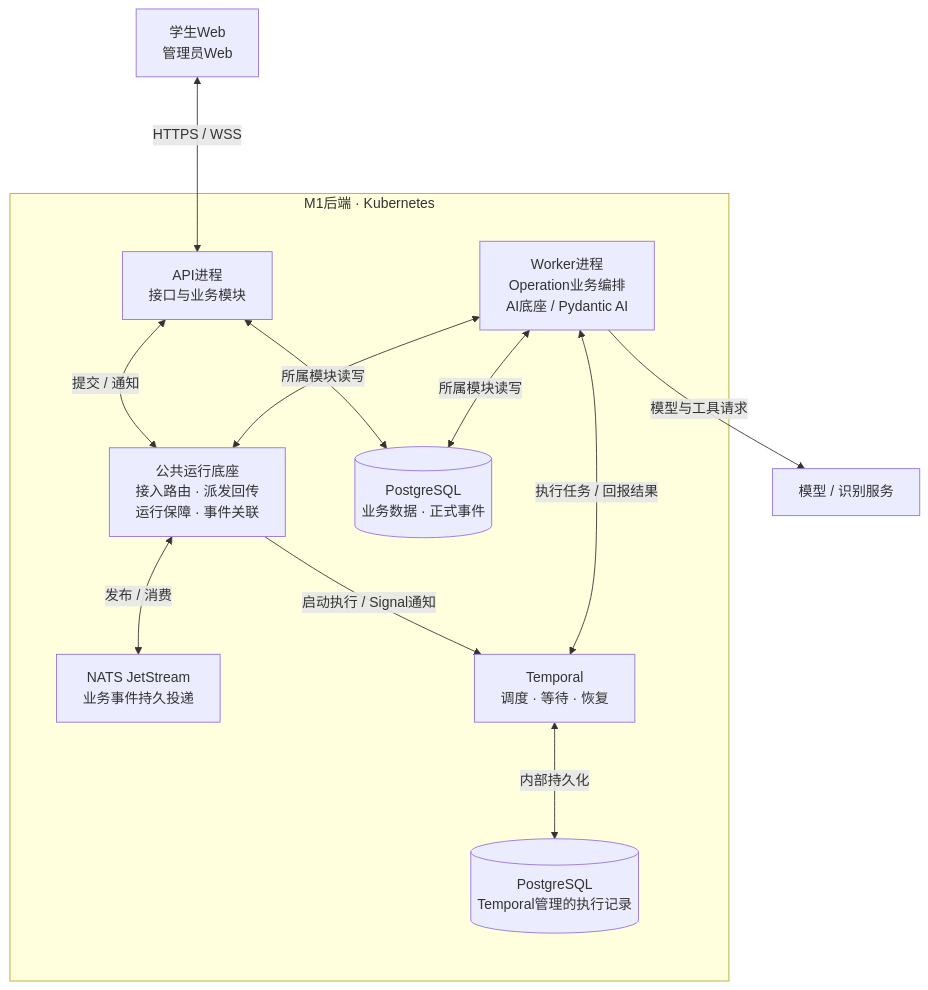
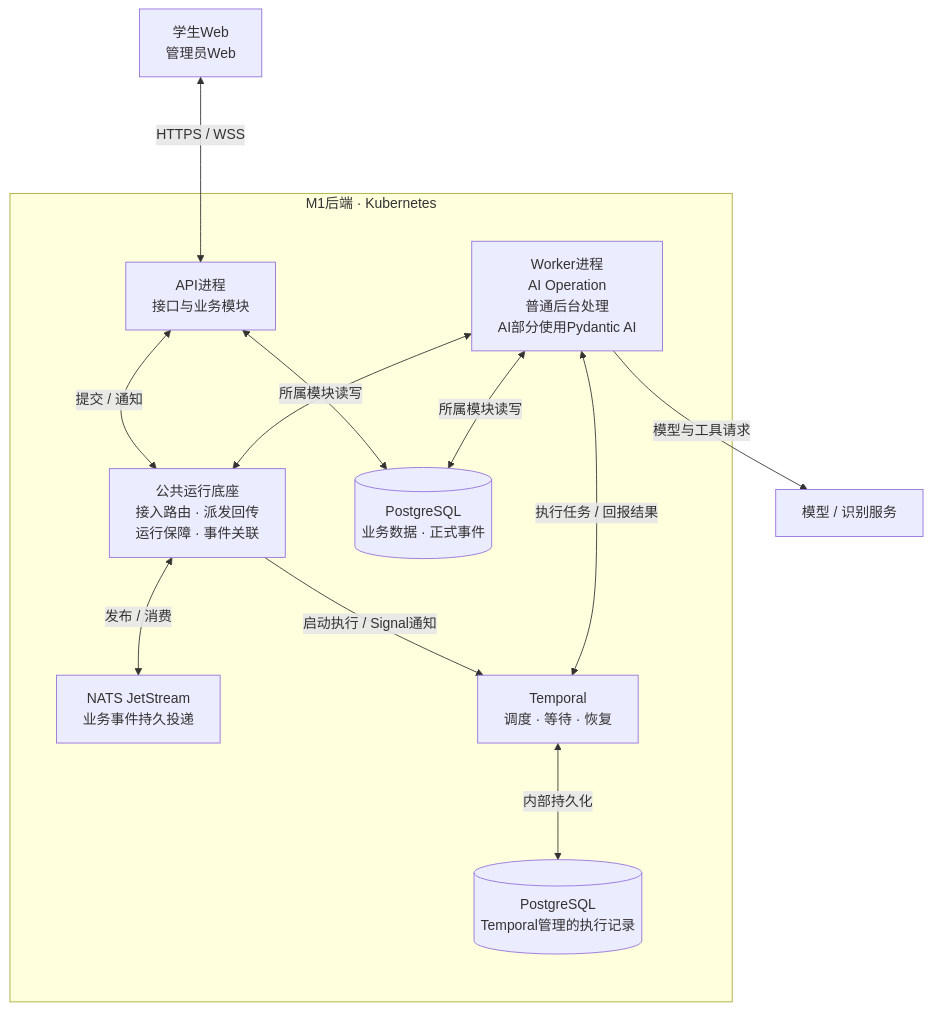
Before and after one commit to ivgotcrazy/deermind: the ninth of 10 diagrams in doc/mvp/m1/engineering/System_Design.md, drawn with Mermaid. The commit also changed other lines of this file and 126 other files, not shown here.

````diff
--- a/doc/mvp/m1/engineering/System_Design.md
+++ b/doc/mvp/m1/engineering/System_Design.md
@@ -630,24 +637,24 @@
 ```mermaid
 %%{init: {"flowchart": {"nodeSpacing": 80, "rankSpacing": 110}}}%%
 flowchart TB
   C["学生Web<br/>管理员Web"]
   subgraph K["M1后端 · Kubernetes"]
     API["API进程<br/>接口与业务模块"]
-    W["Worker进程<br/>Operation业务编排<br/>AI底座 / Pydantic AI"]
+    W["Worker进程<br/>AI Operation<br/>普通后台处理<br/>AI部分使用Pydantic AI"]
     B["公共运行底座<br/>接入路由 · 派发回传<br/>运行保障 · 事件关联"]
     N["NATS JetStream<br/>业务事件持久投递"]
     T["Temporal<br/>调度 · 等待 · 恢复"]
     DB[("PostgreSQL<br/>业务数据 · 正式事件")]
     TS[("PostgreSQL<br/>Temporal管理的执行记录")]
     API <-->|"提交 / 通知"| B
     W <--> B
     B <-->|"发布 / 消费"| N
     B -->|"启动执行 / Signal通知"| T
     W <-->|"执行任务 / 回报结果"| T
     T <-->|"内部持久化"| TS
     API <-->|"所属模块读写"| DB
     W <-->|"所属模块读写"| DB
   end
   C <-->|"HTTPS / WSS"| API
   W -->|"模型与工具请求"| X["模型 / 识别服务"]
 ```
````
